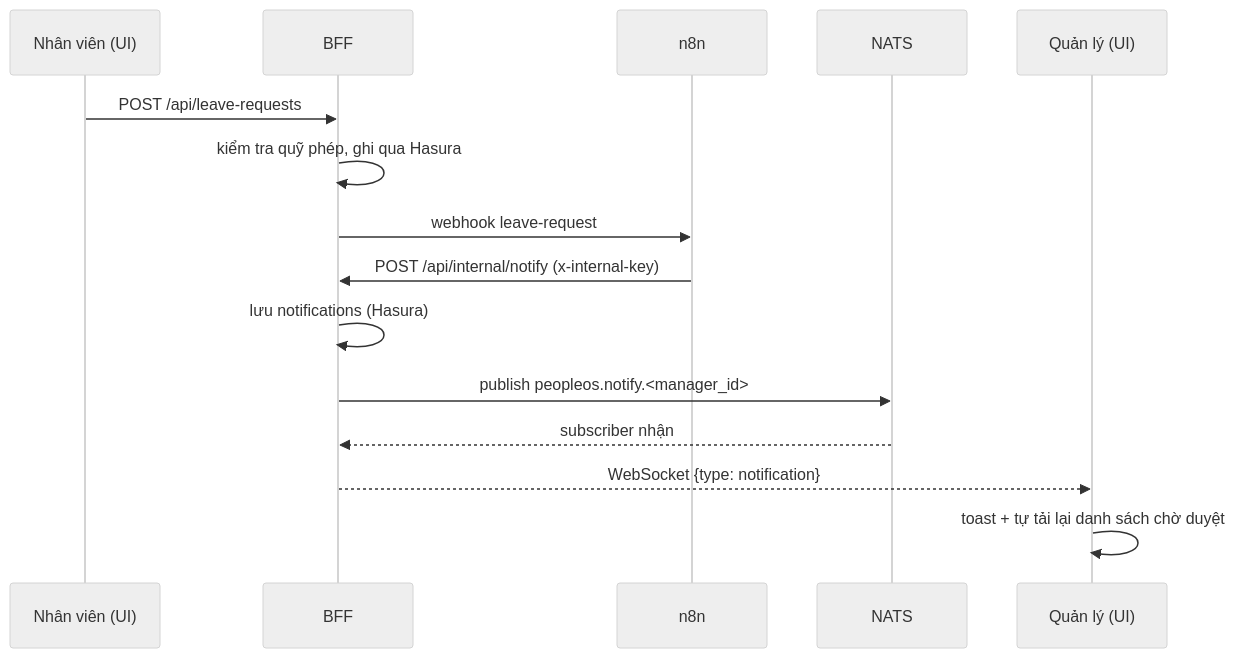
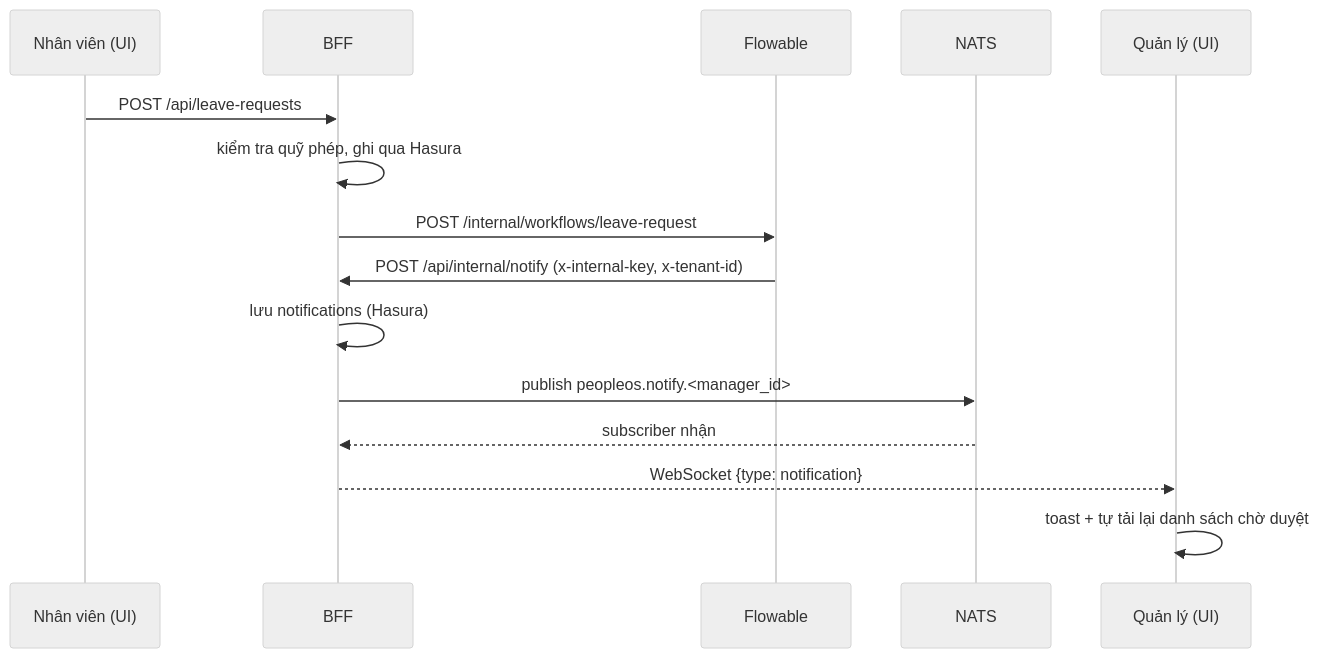
The second of 3 diagrams in docs/architecture.md (Nguyen16112006/PeopleOS), drawn with Mermaid (neutral theme) before and after one commit. The commit also changed other lines of this file and 69 other files, not shown here.

First line of the commit message:
Thay n8n bằng Flowable BPMN

````diff
--- a/docs/architecture.md
+++ b/docs/architecture.md
@@ -88,17 +88,17 @@
 ```mermaid
 sequenceDiagram
   participant E as Nhân viên (UI)
   participant B as BFF
-  participant N as n8n
+  participant F as Flowable
   participant S as NATS
   participant M as Quản lý (UI)
   E->>B: POST /api/leave-requests
   B->>B: kiểm tra quỹ phép, ghi qua Hasura
-  B->>N: webhook leave-request
-  N->>B: POST /api/internal/notify (x-internal-key)
+  B->>F: POST /internal/workflows/leave-request
+  F->>B: POST /api/internal/notify (x-internal-key, x-tenant-id)
   B->>B: lưu notifications (Hasura)
   B->>S: publish peopleos.notify.<manager_id>
   S-->>B: subscriber nhận
   B-->>M: WebSocket {type: notification}
   M->>M: toast + tự tải lại danh sách chờ duyệt
 ```
````
